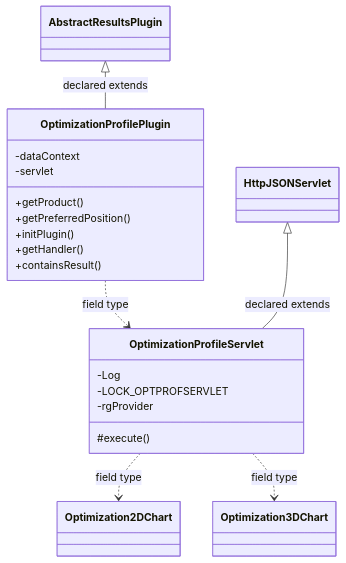
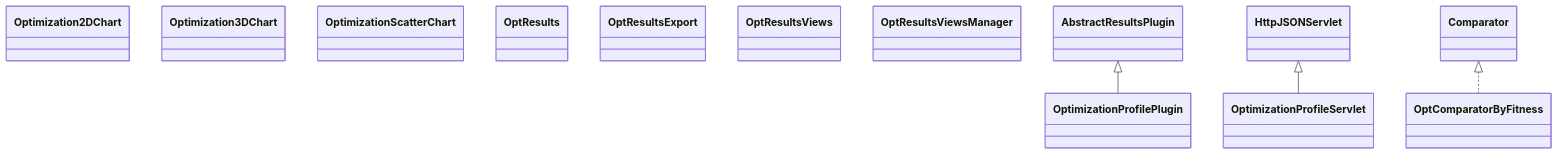
Before and after one commit to haruperi/HaruQuantAI: the diagram in docs/sqx/Results/ResultsOptimizationProfile.md, drawn with Mermaid. The commit also changed other lines of this file and 1688 other files, not shown here.

````diff
--- a/docs/sqx/Results/ResultsOptimizationProfile.md
+++ b/docs/sqx/Results/ResultsOptimizationProfile.md
@@ -30,27 +26,19 @@
 ```mermaid
 classDiagram
-    class Cf706de53acfb["OptimizationProfilePlugin"] {
-        -dataContext
-        -servlet
-        +getProduct()
-        +getPreferredPosition()
-        +initPlugin()
-        +getHandler()
-        +containsResult()
-    }
-    class C9f71304ed5cb["OptimizationProfileServlet"] {
-        -Log
-        -LOCK_OPTPROFSERVLET
-        -rgProvider
-        #execute()
-    }
-    class C518a4e93f8a1["Optimization2DChart"]
-    class C4824a9cccc01["Optimization3DChart"]
-    class C180e0c3f58c3["AbstractResultsPlugin"]
-    class C8900f90ae594["HttpJSONServlet"]
-    C180e0c3f58c3 <|-- Cf706de53acfb : declared extends
-    Cf706de53acfb ..> C9f71304ed5cb : field type
-    C8900f90ae594 <|-- C9f71304ed5cb : declared extends
-    C9f71304ed5cb ..> C518a4e93f8a1 : field type
-    C9f71304ed5cb ..> C4824a9cccc01 : field type
+    class C0["OptimizationProfilePlugin"]
+    class C1["OptimizationProfileServlet"]
+    class C2["Optimization2DChart"]
+    class C3["Optimization3DChart"]
+    class C4["OptimizationScatterChart"]
+    class C5["OptComparatorByFitness"]
+    class C6["OptResults"]
+    class C7["OptResultsExport"]
+    class C8["OptResultsViews"]
+    class C9["OptResultsViewsManager"]
+    class E0["AbstractResultsPlugin"]
+    E0 <|-- C0
+    class E1["HttpJSONServlet"]
+    E1 <|-- C1
+    class E2["Comparator"]
+    E2 <|.. C5
 ```
````
